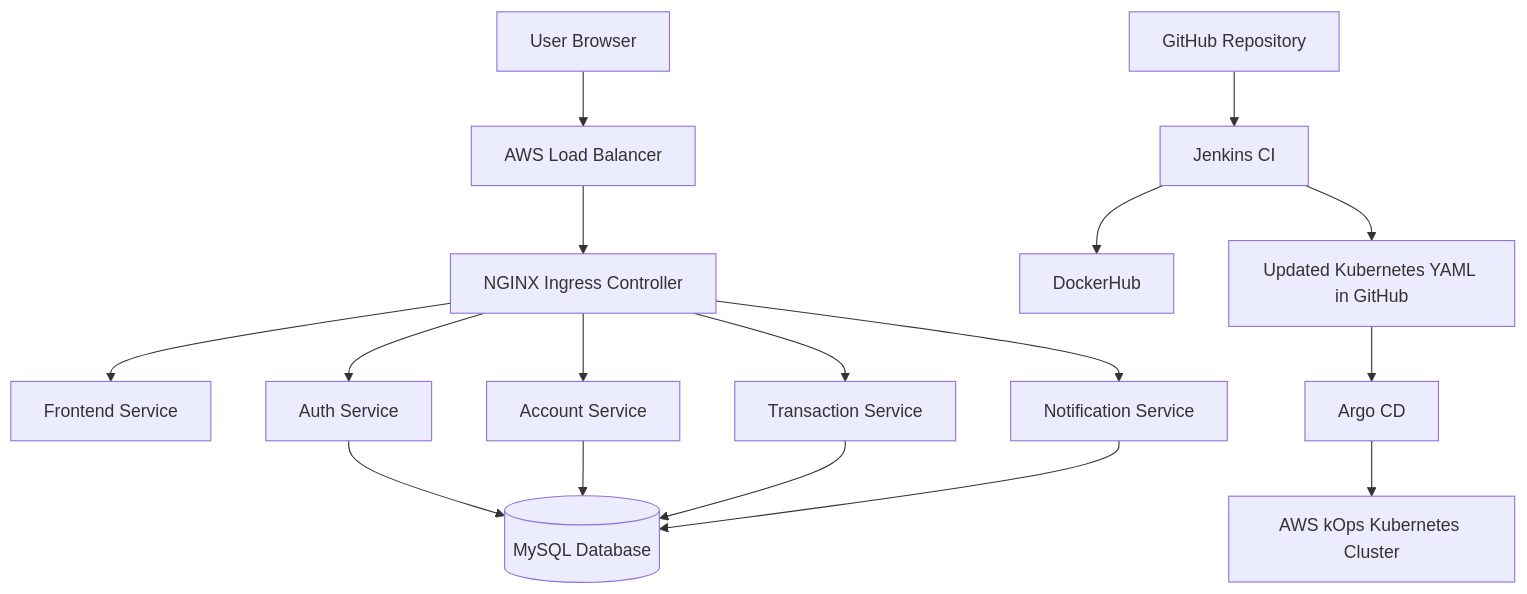
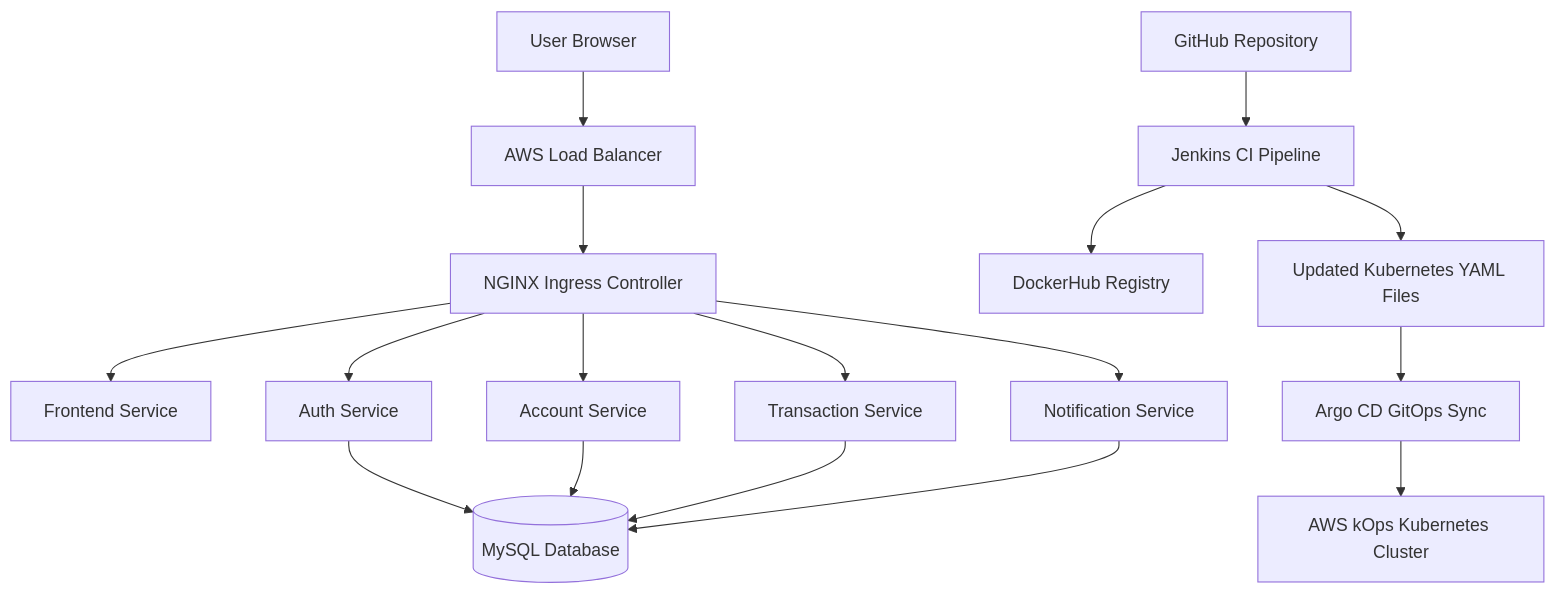
One commit to Its-Shiivam22/Banking-Microservices-App-Kubernetes-Deployment-Project changed the diagram in README.md. Above: the diagram before and after it, drawn with Mermaid. The commit also changed other lines of this file, not shown here.

````diff
--- a/README.md
+++ b/README.md
@@ -70,21 +49,22 @@
 ```mermaid
 flowchart TD
-    A[User Browser] --> B[AWS Load Balancer]
-    B --> C[NGINX Ingress Controller]
-    C --> D[Frontend Service]
-    C --> E[Auth Service]
-    C --> F[Account Service]
-    C --> G[Transaction Service]
-    C --> H[Notification Service]
+    User[User Browser] --> ALB[AWS Load Balancer]
+    ALB --> Ingress[NGINX Ingress Controller]
 
-    E --> I[(MySQL Database)]
-    F --> I
-    G --> I
-    H --> I
+    Ingress --> Frontend[Frontend Service]
+    Ingress --> Auth[Auth Service]
+    Ingress --> Account[Account Service]
+    Ingress --> Transaction[Transaction Service]
+    Ingress --> Notification[Notification Service]
 
-    J[GitHub Repository] --> K[Jenkins CI]
-    K --> L[DockerHub]
-    K --> M[Updated Kubernetes YAML in GitHub]
-    M --> N[Argo CD]
-    N --> O[AWS kOps Kubernetes Cluster]
+    Auth --> MySQL[(MySQL Database)]
+    Account --> MySQL
+    Transaction --> MySQL
+    Notification --> MySQL
+
+    GitHub[GitHub Repository] --> Jenkins[Jenkins CI Pipeline]
+    Jenkins --> DockerHub[DockerHub Registry]
+    Jenkins --> GitOps[Updated Kubernetes YAML Files]
+    GitOps --> ArgoCD[Argo CD GitOps Sync]
+    ArgoCD --> Cluster[AWS kOps Kubernetes Cluster]
 ```
````
